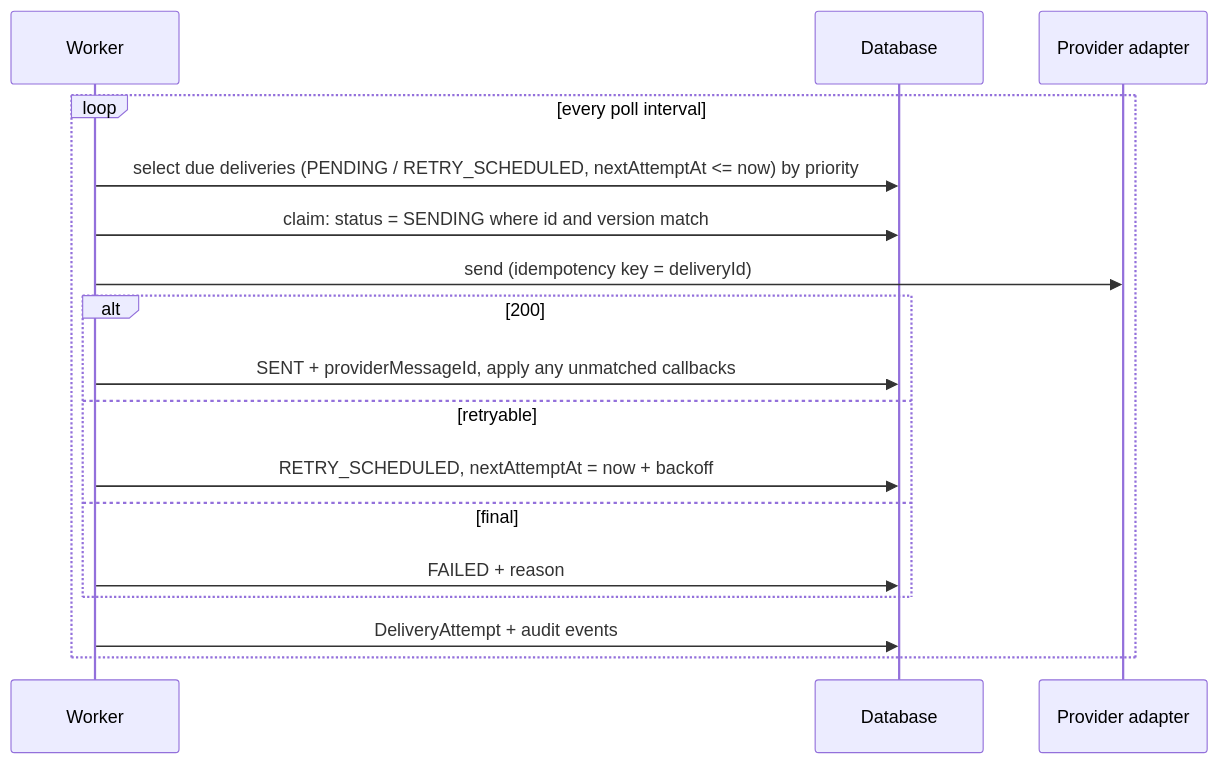
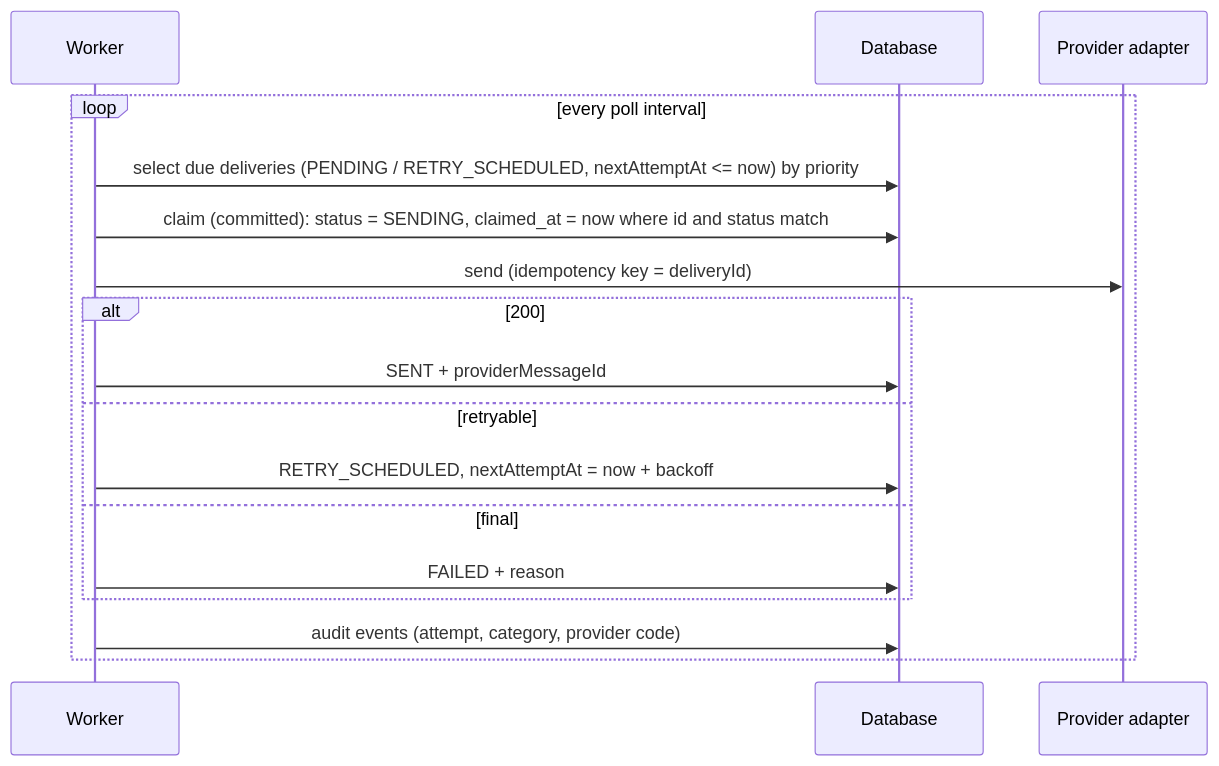
Before and after one commit to radwara/nms: the fifth of 6 diagrams in docs/architecture.md, drawn with Mermaid. The commit also changed other lines of this file, not shown here.

Commit message:
docs(arch): apply design review simplifications and fixes (#2, #4)

````diff
--- a/docs/architecture.md
+++ b/docs/architecture.md
@@ -392,19 +361,19 @@
 ```mermaid
 sequenceDiagram
     participant W as Worker
     participant D as Database
     participant P as Provider adapter
     loop every poll interval
         W->>D: select due deliveries (PENDING / RETRY_SCHEDULED, nextAttemptAt <= now) by priority
-        W->>D: claim: status = SENDING where id and version match
+        W->>D: claim (committed): status = SENDING, claimed_at = now where id and status match
         W->>P: send (idempotency key = deliveryId)
         alt 200
-            W->>D: SENT + providerMessageId, apply any unmatched callbacks
+            W->>D: SENT + providerMessageId
         else retryable
             W->>D: RETRY_SCHEDULED, nextAttemptAt = now + backoff
         else final
             W->>D: FAILED + reason
         end
-        W->>D: DeliveryAttempt + audit events
+        W->>D: audit events (attempt, category, provider code)
     end
 ```
````
